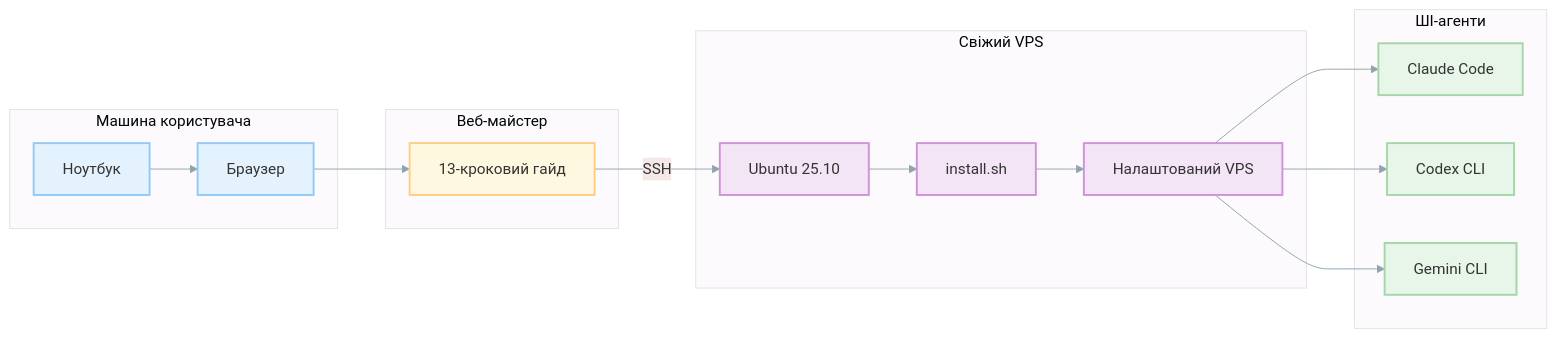
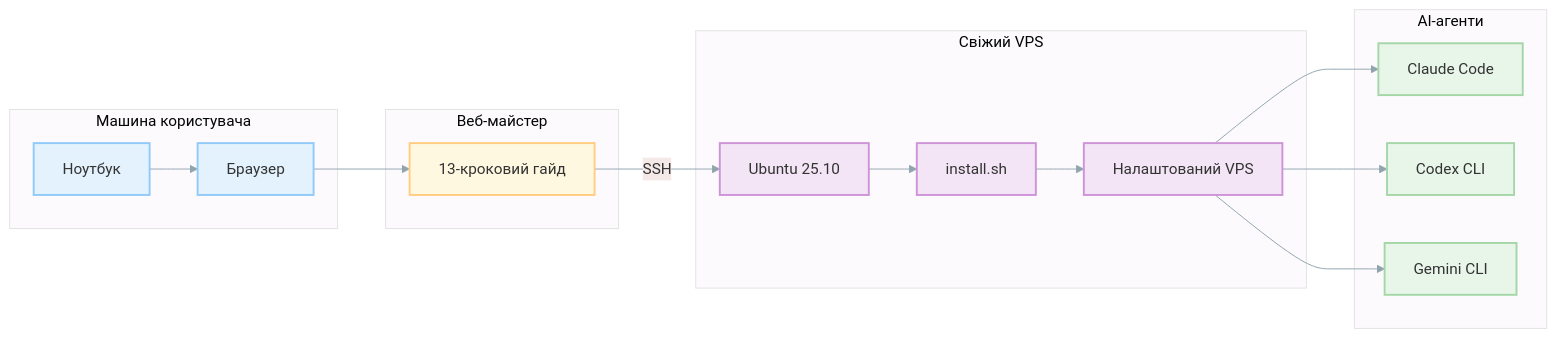
One commit to joyshmitz/agentic_coding_flywheel_setup changed the first of 2 diagrams in README.uk.md. Above: the diagram before and after it, drawn with Mermaid. The commit also changed other lines of this file and 30 other files, not shown here.

````diff
--- a/README.uk.md
+++ b/README.uk.md
@@ -68,44 +68,44 @@
 ```mermaid
 graph LR
     %%{init: {'theme': 'base', 'themeVariables': { 'primaryColor': '#e8f5e9', 'lineColor': '#90a4ae'}}}%%
 
     subgraph user ["Машина користувача"]
         LAPTOP["Ноутбук"]
         BROWSER["Браузер"]
     end
 
     subgraph wizard ["Веб-майстер"]
         STEPS["13-кроковий гайд"]
     end
 
     subgraph vps ["Свіжий VPS"]
         UBUNTU["Ubuntu 25.10"]
         INSTALLER["install.sh"]
         CONFIGURED["Налаштований VPS"]
     end
 
-    subgraph agents ["ШІ-агенти"]
+    subgraph agents ["AI-агенти"]
         CLAUDE["Claude Code"]
         CODEX["Codex CLI"]
         GEMINI["Gemini CLI"]
     end
 
     LAPTOP --> BROWSER
     BROWSER --> STEPS
     STEPS -->|SSH| UBUNTU
     UBUNTU --> INSTALLER
     INSTALLER --> CONFIGURED
     CONFIGURED --> CLAUDE
     CONFIGURED --> CODEX
     CONFIGURED --> GEMINI
 
     classDef user fill:#e3f2fd,stroke:#90caf9,stroke-width:2px
     classDef wizard fill:#fff8e1,stroke:#ffcc80,stroke-width:2px
     classDef vps fill:#f3e5f5,stroke:#ce93d8,stroke-width:2px
     classDef agent fill:#e8f5e9,stroke:#a5d6a7,stroke-width:2px
 
     class LAPTOP,BROWSER user
     class STEPS wizard
     class UBUNTU,INSTALLER,CONFIGURED vps
     class CLAUDE,CODEX,GEMINI agent
 ```
````
